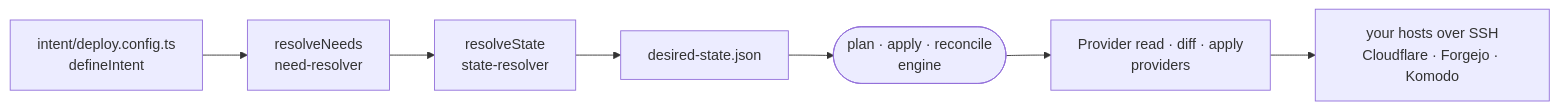
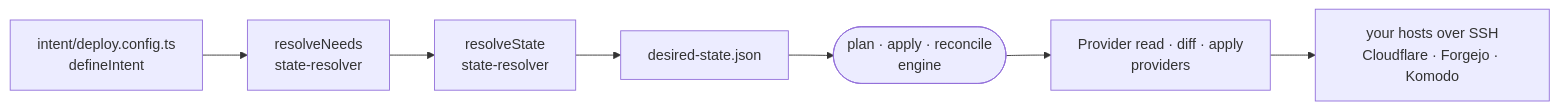
One commit to intentic/intentic changed the diagram in docs/architecture/deploy-engine.md. Above: the diagram before and after it, drawn with Mermaid. The commit also changed 2216 other files, not shown here.

Commit message:
chore(docs): refresh architecture index for extension changes

````diff
--- a/docs/architecture/deploy-engine.md
+++ b/docs/architecture/deploy-engine.md
@@ -5,9 +5,9 @@
 ```mermaid
 flowchart LR
-    intent["intent/deploy.config.ts<br/>defineIntent"] --> needs["resolveNeeds<br/>need-resolver"]
+    intent["intent/deploy.config.ts<br/>defineIntent"] --> needs["resolveNeeds<br/>state-resolver"]
     needs --> state["resolveState<br/>state-resolver"]
     state --> artifact["desired-state.json"]
     artifact --> engine(["plan · apply · reconcile<br/>engine"])
     engine --> providers["Provider read · diff · apply<br/>providers"]
     providers --> infra["your hosts over SSH<br/>Cloudflare · Forgejo · Komodo"]
 ```
````
